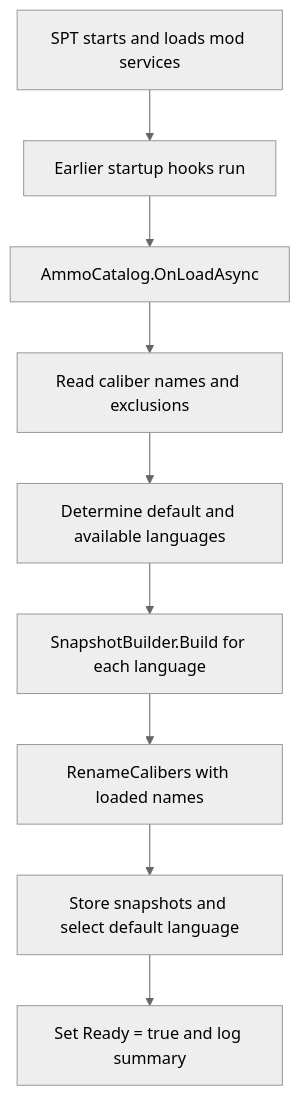
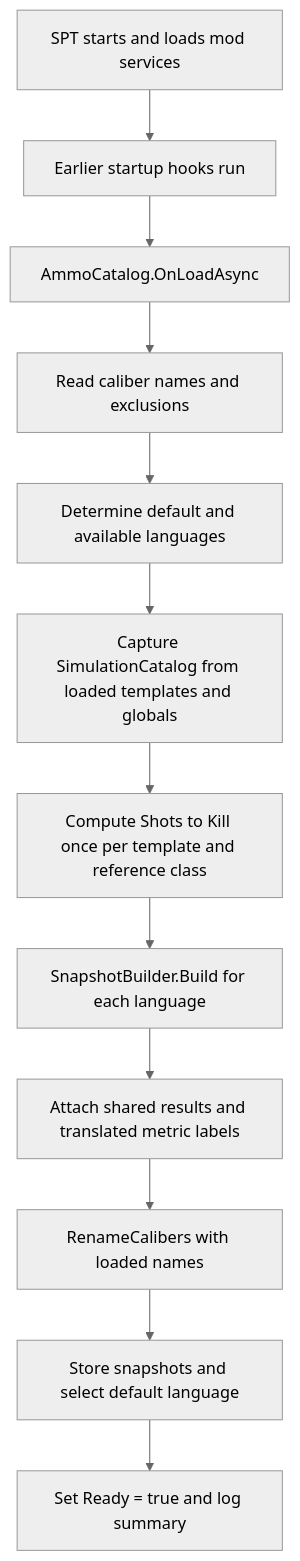
Before and after one commit to AcksBerg/AmmoGraph: the second of 4 diagrams in docs/development.md, drawn with Mermaid (neutral theme). The commit also changed other lines of this file and 30 other files, not shown here.

````diff
--- a/docs/development.md
+++ b/docs/development.md
@@ -79,11 +84,14 @@
 ```mermaid
 flowchart TD
     Start[SPT starts and loads mod services] --> Early[Earlier startup hooks run]
     Early --> Load[AmmoCatalog.OnLoadAsync]
     Load --> Config[Read caliber names and exclusions]
     Config --> Languages[Determine default and available languages]
-    Languages --> Base[SnapshotBuilder.Build for each language]
-    Base --> Names[RenameCalibers with loaded names]
+    Languages --> Simulation[Capture SimulationCatalog from loaded templates and globals]
+    Simulation --> Evaluate[Compute Shots to Kill once per template and reference class]
+    Evaluate --> Base[SnapshotBuilder.Build for each language]
+    Base --> Attach[Attach shared results and translated metric labels]
+    Attach --> Names[RenameCalibers with loaded names]
     Names --> Store[Store snapshots and select default language]
     Store --> Ready[Set Ready = true and log summary]
 ```
````
